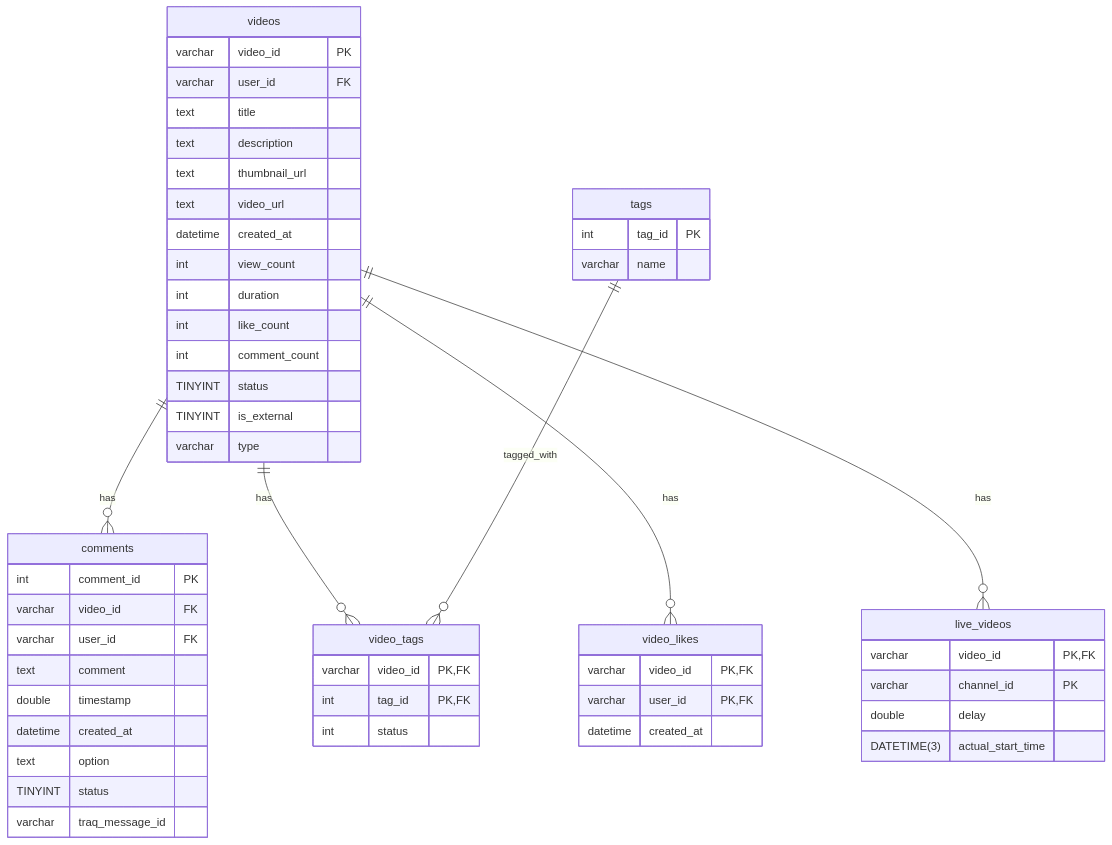
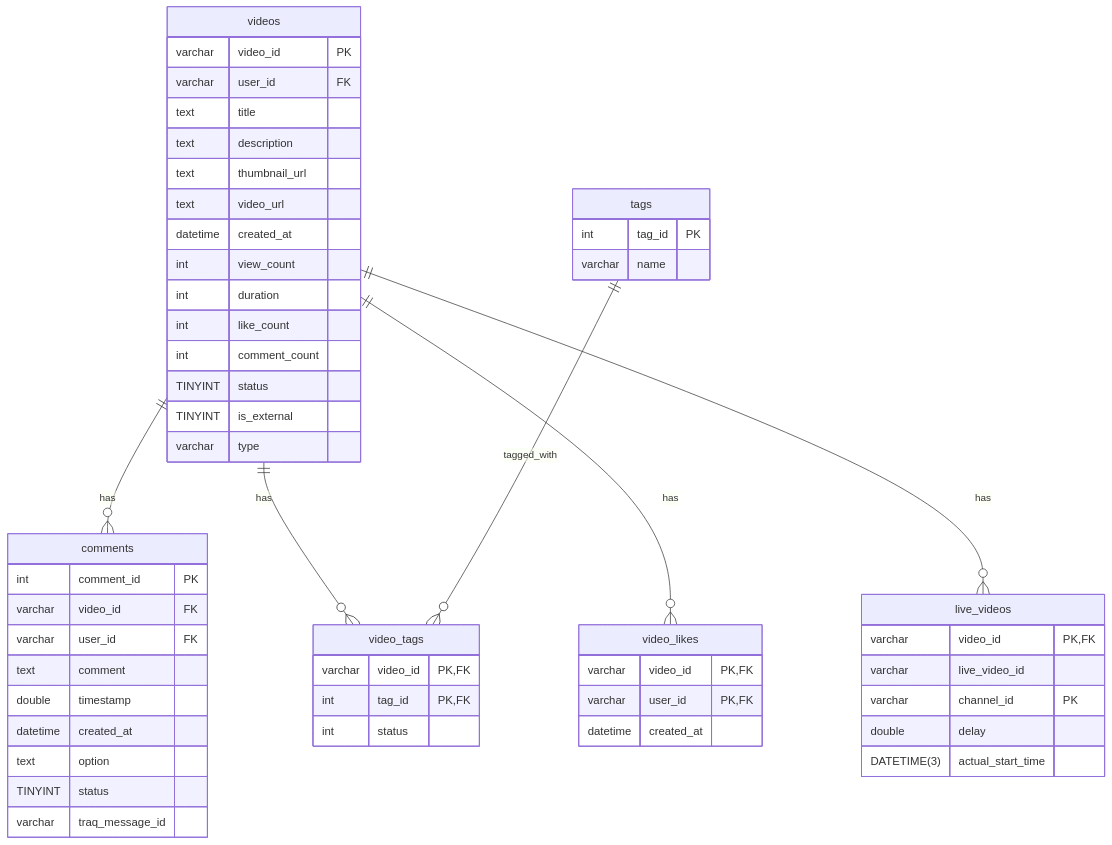
The diagram in docs/schema.md (traP-jp/playbacQ), drawn with Mermaid before and after one commit. The commit also changed 11 other files, not shown here.

````diff
--- a/docs/schema.md
+++ b/docs/schema.md
@@ -3,60 +3,61 @@
 ```mermaid
 erDiagram  
   videos {
 	varchar video_id PK
 	varchar user_id FK
 	text title
 	text description
 	text thumbnail_url
 	text video_url
 	datetime created_at
 	int view_count
 	int duration
 	int like_count
 	int comment_count
 	TINYINT status
 	TINYINT is_external
 	varchar type
   }
   comments {
 	int comment_id PK
 	varchar video_id FK
 	varchar user_id FK
 	text comment
 	double timestamp
 	datetime created_at
 	text option
 	TINYINT status
 	varchar traq_message_id
   }
 
   video_likes {
 	varchar video_id PK,FK
 	varchar user_id PK,FK
 	datetime created_at
   }
   
   tags {
 	int tag_id PK
 	varchar name
   }
 
   video_tags {
 	varchar video_id PK,FK
 	int tag_id PK,FK
 	int status
   }
 
   live_videos {
 	varchar video_id PK,FK
+	varchar live_video_id
 	varchar channel_id PK
 	double delay
 	DATETIME(3) actual_start_time
   }
   
   videos||--o{comments : has
   videos||--o{video_tags : has
   tags||--o{video_tags : tagged_with
   videos||--o{video_likes : has
   videos||--o{live_videos : has
 ```
````
